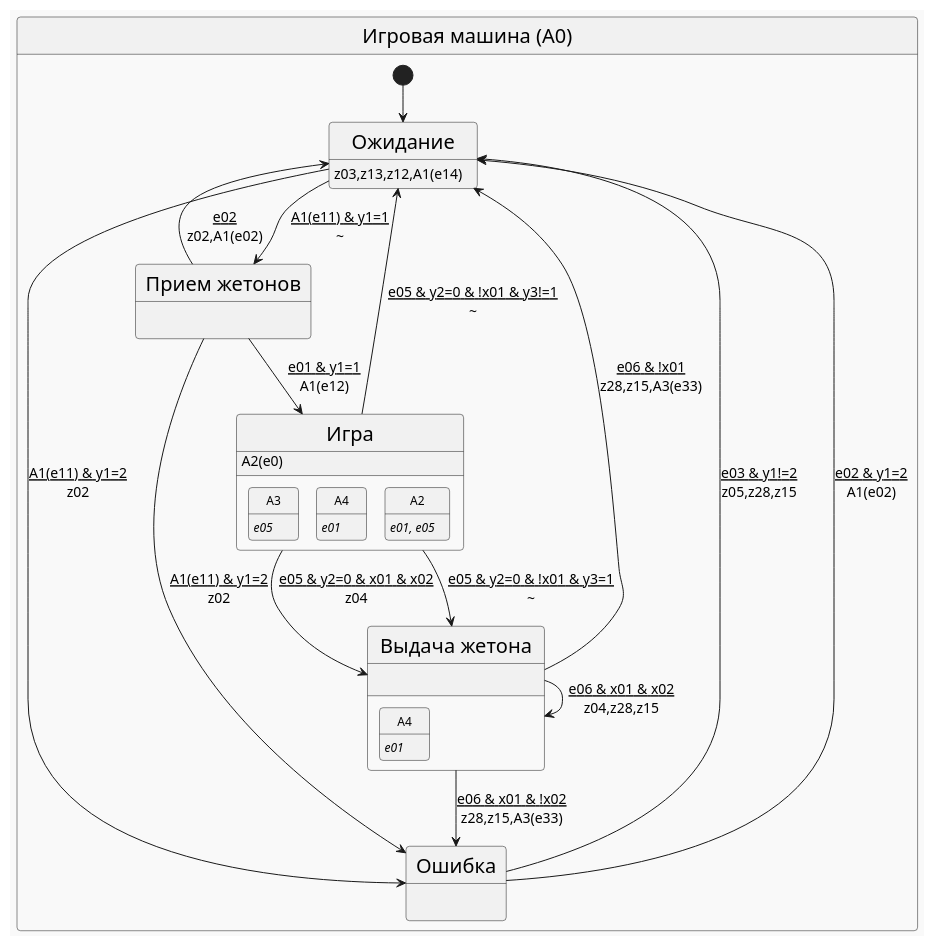
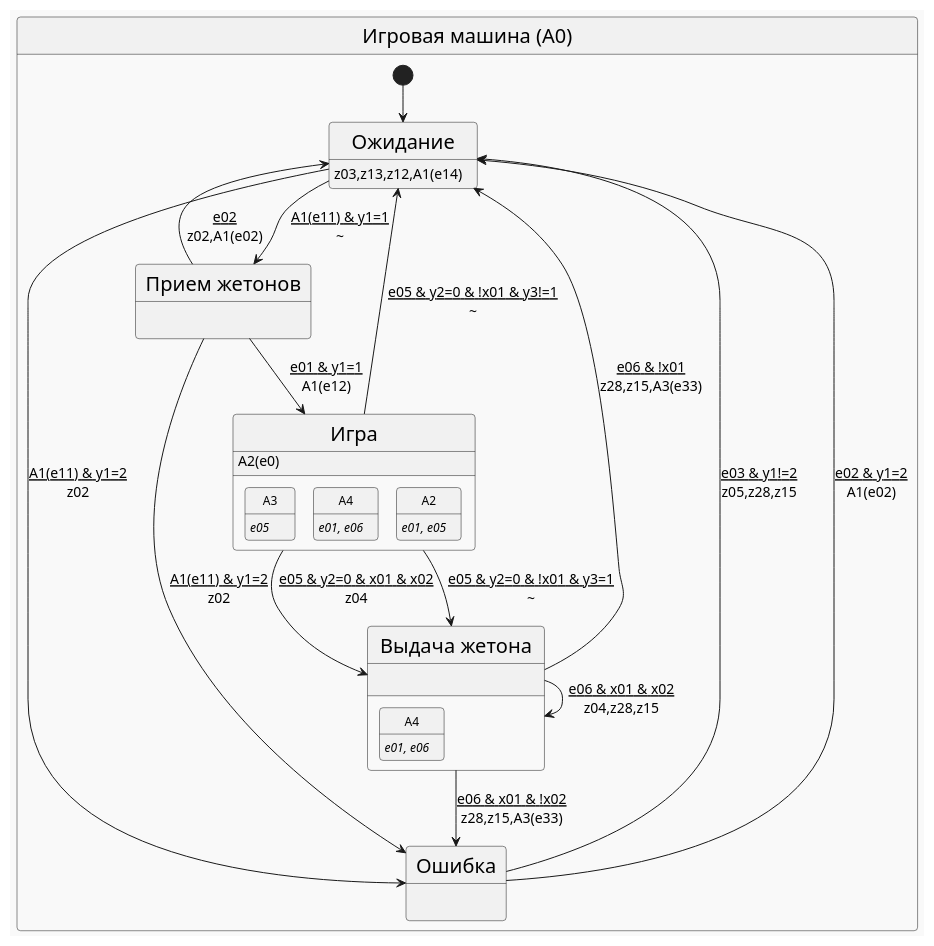
One commit to PhoenixNazarov/fsm-multiply changed the diagram in articles/multiply_many_nested/puml/a0.puml. Above: the diagram before and after it, drawn with PlantUML. The commit also changed 14 other files, not shown here.

```diff
--- a/articles/multiply_many_nested/puml/a0.puml
+++ b/articles/multiply_many_nested/puml/a0.puml
@@ -1,34 +1,34 @@
 @startuml
 !theme mars
 skinparam stateFontSize 20
 skinparam arrowFontSize 14
 state "Игровая машина (A0)" as A0 {
     [*] --> A00
     state "Ожидание" as A00 : <size:14>z03,z13,z12,A1(e14)
     state "Прием жетонов" as A01 : 
     state "Игра" as A02 : <size:14>A2(e0)
     state "Ошибка" as A03 : 
     state "Выдача жетона" as A04 : 
     state "Игра" as A02 {
         state "<size:12>A3" as F1 : <size:12><i>e05
-        state "<size:12>A4" as F2 : <size:12><i>e01
+        state "<size:12>A4" as F2 : <size:12><i>e01, e06
         state "<size:12>A2" as F3 : <size:12><i>e01, e05
     }
     state "Выдача жетона" as A04 {
-        state "<size:12>A4" as F4 : <size:12><i>e01
+        state "<size:12>A4" as F4 : <size:12><i>e01, e06
     }
     A00 --> A01 : <u>A1(e11) & y1=1\n~
     A00 --> A03 : <u>A1(e11) & y1=2\nz02
     A01 --> A00 : <u>e02\nz02,A1(e02)
     A01 --> A02 : <u>e01 & y1=1\nA1(e12)
     A01 --> A03 : <u>A1(e11) & y1=2\nz02
     A02 --> A04 : <u>e05 & y2=0 & x01 & x02\nz04
     A02 --> A04 : <u>e05 & y2=0 & !x01 & y3=1\n~
     A02 --> A00 : <u>e05 & y2=0 & !x01 & y3!=1\n~
     A03 --> A00 : <u>e03 & y1!=2\nz05,z28,z15
     A03 --> A00 : <u>e02 & y1=2\nA1(e02)
     A04 --> A04 : <u>e06 & x01 & x02\nz04,z28,z15
     A04 --> A03 : <u>e06 & x01 & !x02\nz28,z15,A3(e33)
     A04 --> A00 : <u>e06 & !x01\nz28,z15,A3(e33)
 }
 @enduml
```
